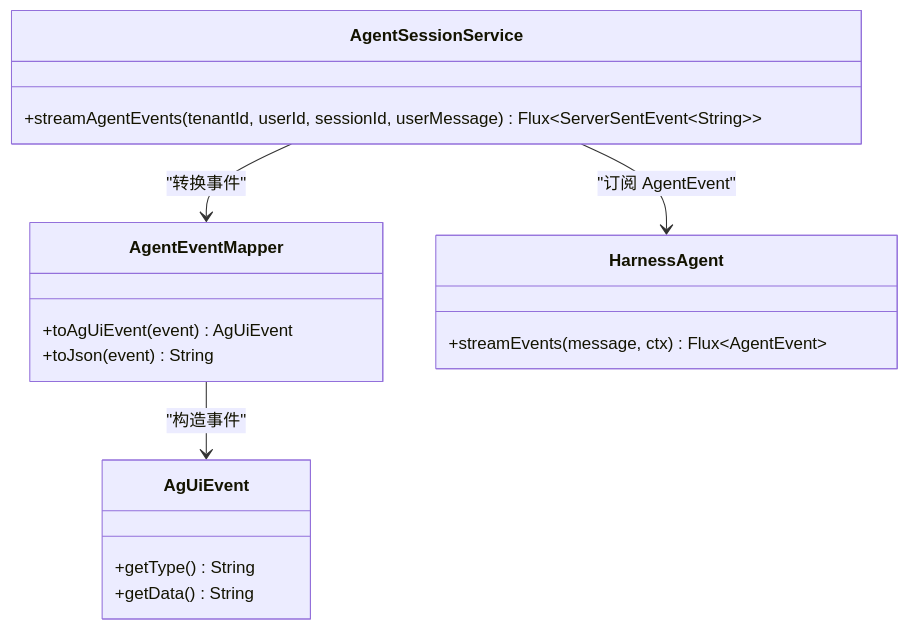
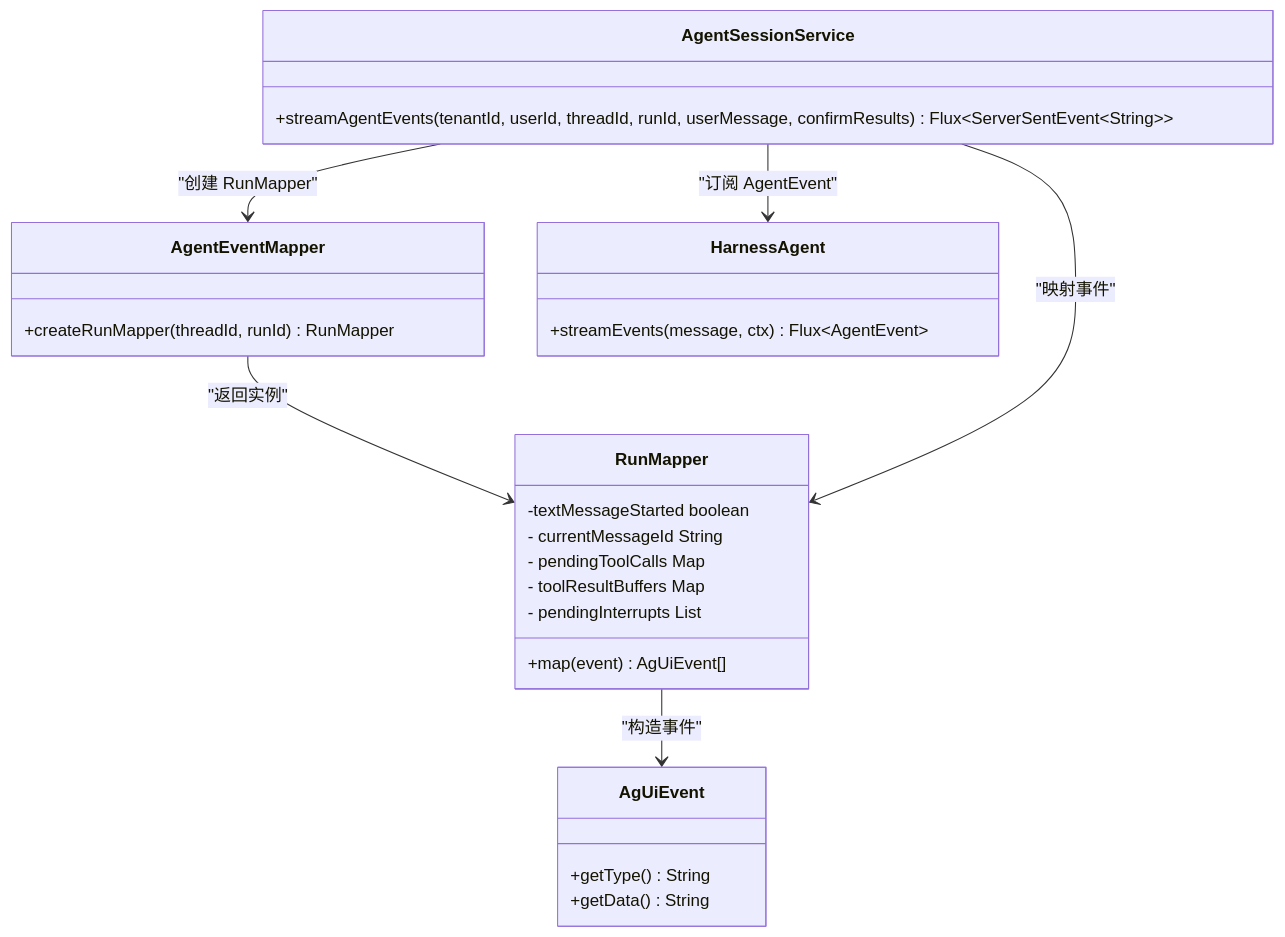
The fourth of 6 diagrams in .qoder/repowiki/zh/content/API 参考/AG-UI 协议端点.md (mengqiang81/agentic), drawn with Mermaid before and after one commit. The commit also changed other lines of this file and 32 other files, not shown here.

````diff
--- a/.qoder/repowiki/zh/content/API 参考/AG-UI 协议端点.md
+++ b/.qoder/repowiki/zh/content/API 参考/AG-UI 协议端点.md
@@ -219,20 +238,29 @@
 ```mermaid
 classDiagram
 class AgentSessionService {
-+streamAgentEvents(tenantId, userId, sessionId, userMessage) Flux~ServerSentEvent~String~~
++streamAgentEvents(tenantId, userId, threadId, runId, userMessage, confirmResults) Flux~ServerSentEvent~String~~
 }
 class AgentEventMapper {
-+toAgUiEvent(event) AgUiEvent
-+toJson(event) String
++createRunMapper(threadId, runId) RunMapper
+}
+class RunMapper {
++map(event) AgUiEvent[]
+-textMessageStarted boolean
+- currentMessageId String
+- pendingToolCalls Map
+- toolResultBuffers Map
+- pendingInterrupts List
 }
 class AgUiEvent {
 +getType() String
 +getData() String
 }
 class HarnessAgent {
 +streamEvents(message, ctx) Flux~AgentEvent~
 }
+AgentSessionService --> AgentEventMapper : "创建 RunMapper"
+AgentEventMapper --> RunMapper : "返回实例"
 AgentSessionService --> HarnessAgent : "订阅 AgentEvent"
-AgentSessionService --> AgentEventMapper : "转换事件"
-AgentEventMapper --> AgUiEvent : "构造事件"
+AgentSessionService --> RunMapper : "映射事件"
+RunMapper --> AgUiEvent : "构造事件"
 ```
````
